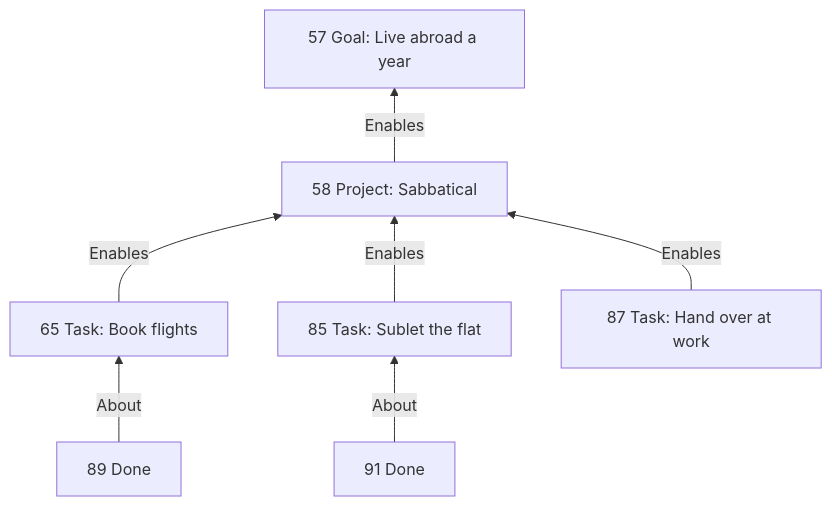
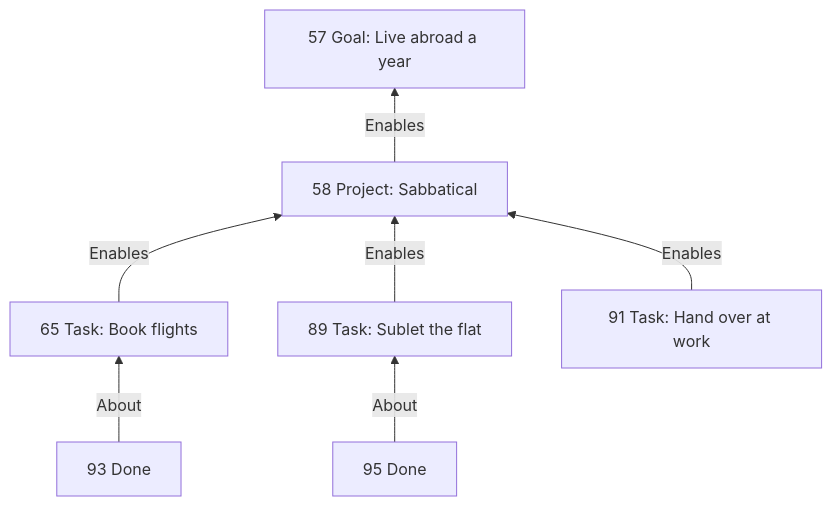
Before and after one commit to RezaOnGithub/lifecore: diagram 12 of 13 in docs/PLANNING-EXPLAINER.md, drawn with Mermaid. The commit also changed other lines of this file and 1 other file, not shown here.

````diff
--- a/docs/PLANNING-EXPLAINER.md
+++ b/docs/PLANNING-EXPLAINER.md
@@ -1261,9 +1330,9 @@
 ```mermaid
 flowchart BT
     T1["65 Task: Book flights"] -- Enables --> P["58 Project: Sabbatical"]
-    T2["85 Task: Sublet the flat"] -- Enables --> P
-    T3["87 Task: Hand over at work"] -- Enables --> P
+    T2["89 Task: Sublet the flat"] -- Enables --> P
+    T3["91 Task: Hand over at work"] -- Enables --> P
     P -- Enables --> G["57 Goal: Live abroad a year"]
-    D1["89 Done"] -- About --> T1
-    D2["91 Done"] -- About --> T2
+    D1["93 Done"] -- About --> T1
+    D2["95 Done"] -- About --> T2
 ```
````
